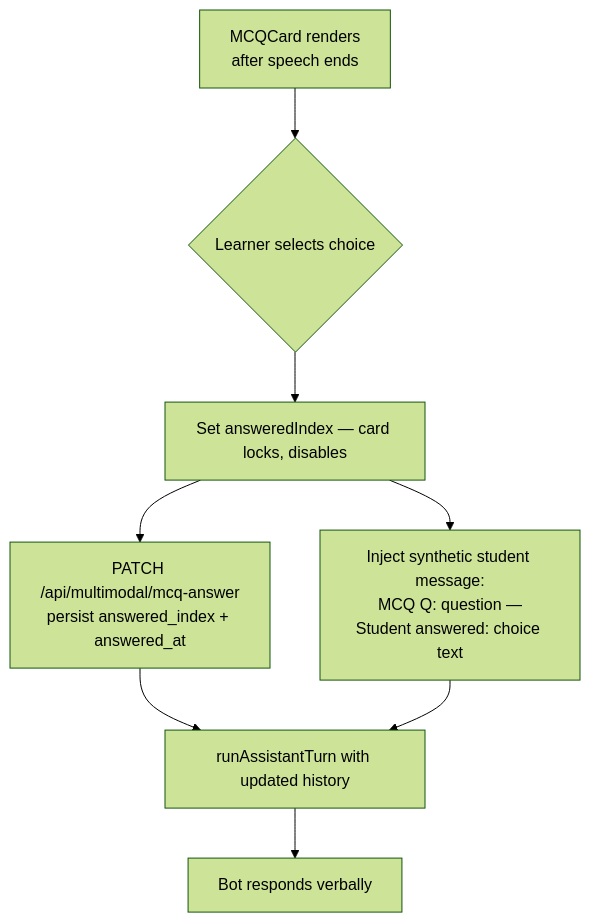
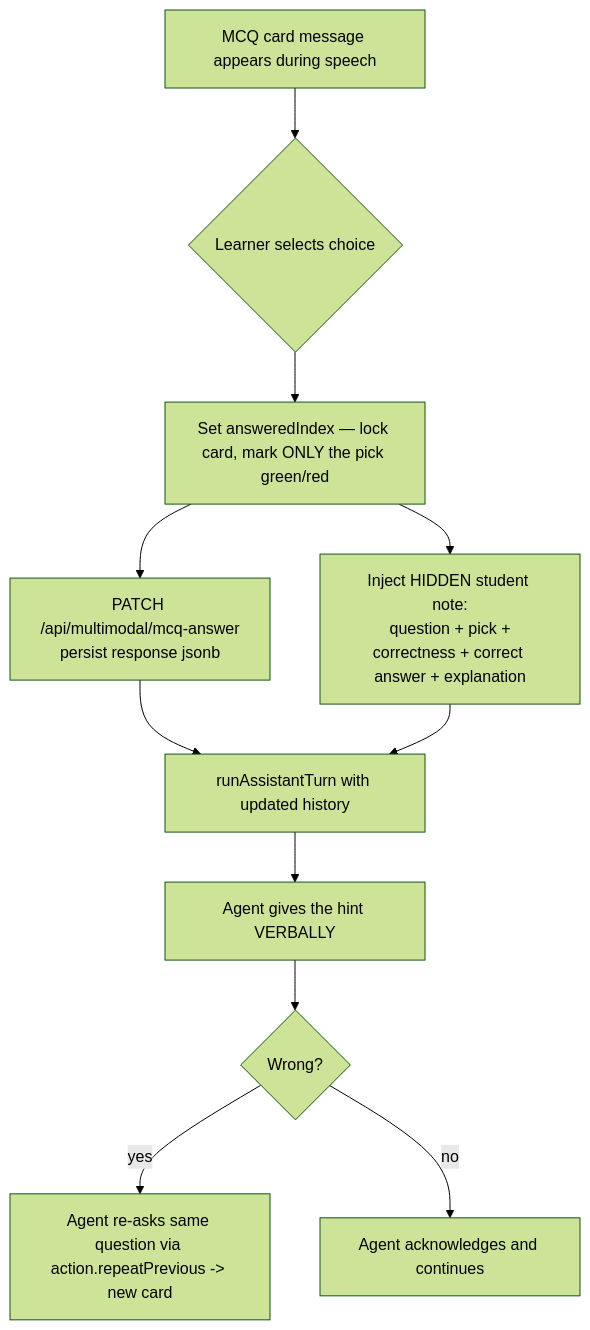
Before and after one commit to ddeepak95/pesu: the third of 3 diagrams in docs/multimodal-orchestration-plan.md, drawn with Mermaid (forest theme). The commit also changed other lines of this file and 18 other files, not shown here.

Commit message:
mcq special action in multimodal chat

````diff
--- a/docs/multimodal-orchestration-plan.md
+++ b/docs/multimodal-orchestration-plan.md
@@ -391,9 +385,12 @@
 ```mermaid
 flowchart TD
-    A[MCQCard renders\nafter speech ends] --> B{Learner selects choice}
-    B --> C[Set answeredIndex — card locks, disables]
-    C --> D[PATCH /api/multimodal/mcq-answer\npersist answered_index + answered_at]
-    C --> E[Inject synthetic student message:\n MCQ Q: question — Student answered: choice text]
+    A[MCQ card message appears during speech] --> B{Learner selects choice}
+    B --> C[Set answeredIndex — lock card, mark ONLY the pick green/red]
+    C --> D[PATCH /api/multimodal/mcq-answer\npersist response jsonb]
+    C --> E[Inject HIDDEN student note:\n question + pick + correctness + correct answer + explanation]
     D & E --> F[runAssistantTurn with updated history]
-    F --> G[Bot responds verbally]
+    F --> G[Agent gives the hint VERBALLY]
+    G --> H{Wrong?}
+    H -->|yes| I[Agent re-asks same question via action.repeatPrevious -> new card]
+    H -->|no| J[Agent acknowledges and continues]
 ```
````
